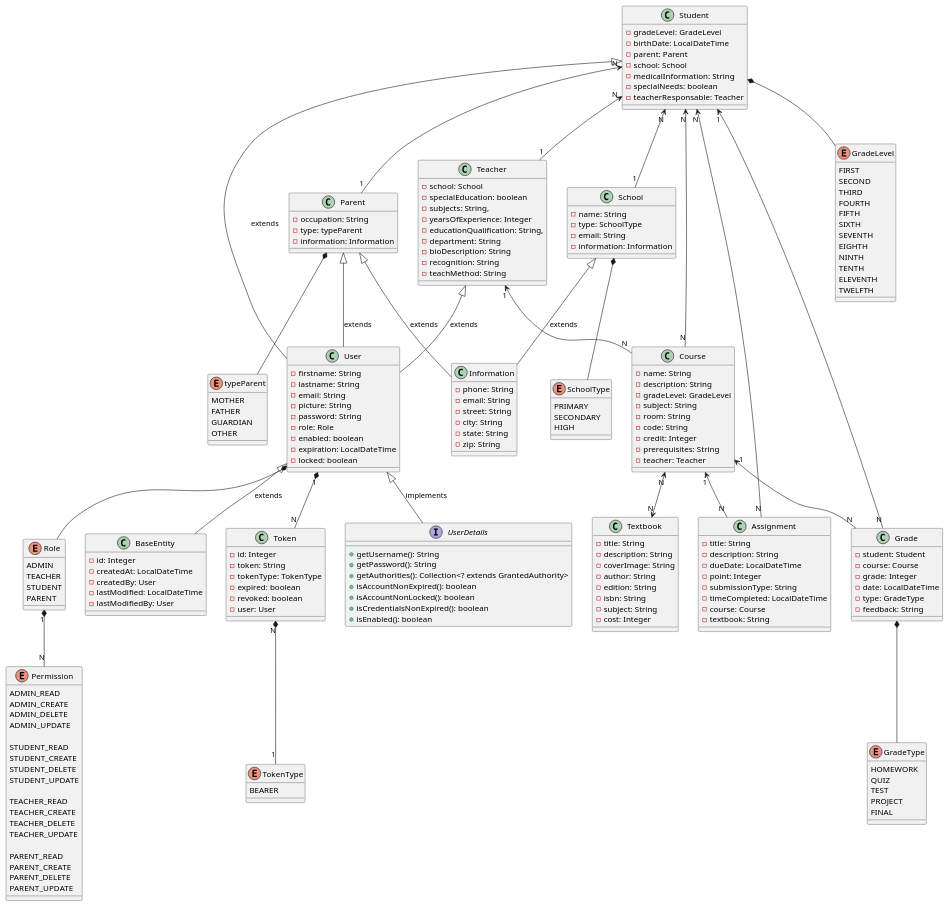
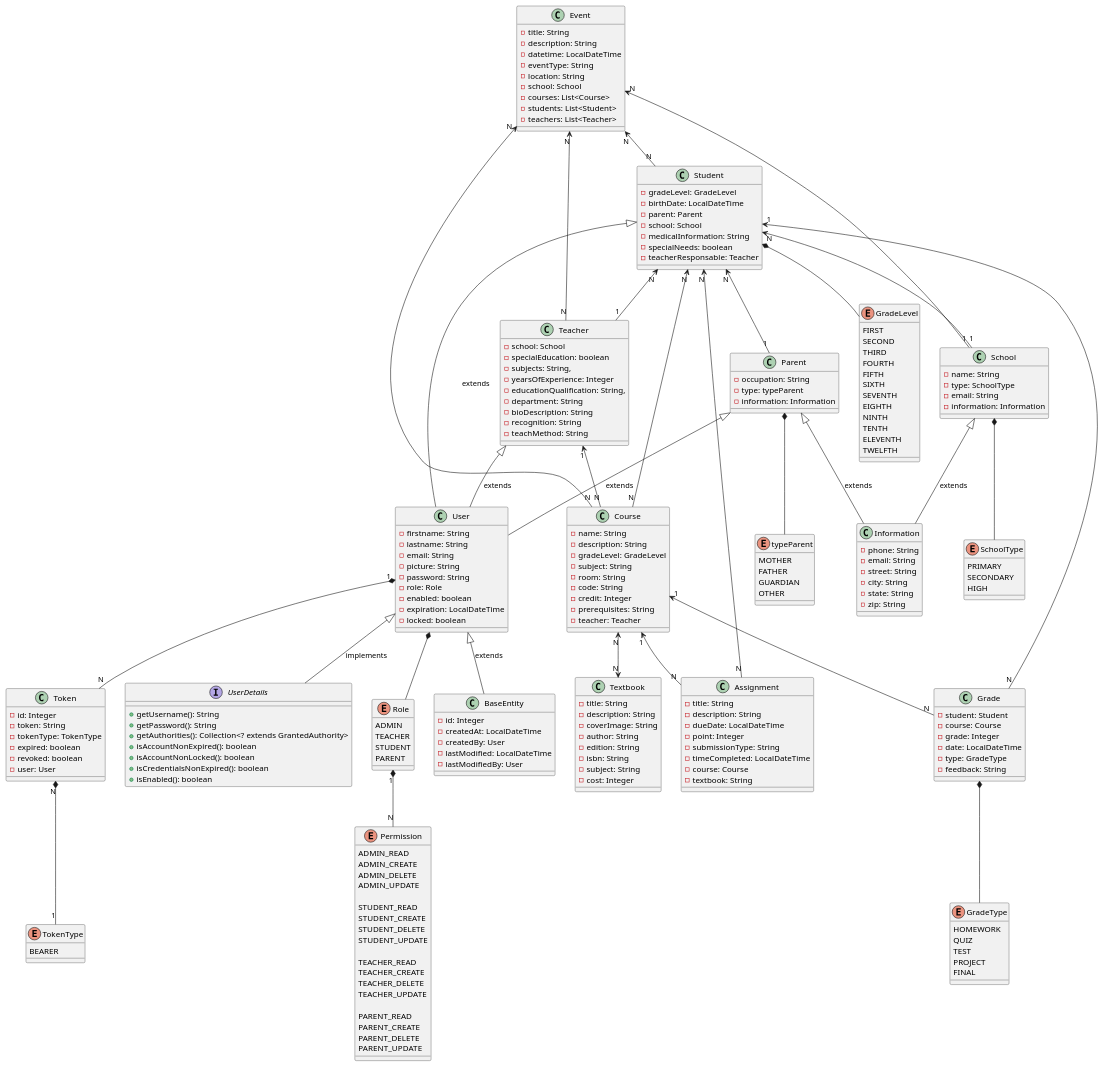
The diagram in src/main/resources/school-management.puml (FFreitas997/school-management-spring), drawn with PlantUML before and after one commit.

Commit message:
event entity added to the UML diagram

```diff
--- a/src/main/resources/school-management.puml
+++ b/src/main/resources/school-management.puml
@@ -110,6 +110,18 @@
     -information: Information
 }
 
+class Event{
+    -title: String
+    -description: String
+    -datetime: LocalDateTime
+    -eventType: String
+    -location: String
+    -school: School
+    -courses: List<Course>
+    -students: List<Student>
+    -teachers: List<Teacher>
+}
+
 class Information{
     -phone: String
     -email: String
@@ -196,6 +208,10 @@
     GUARDIAN
     OTHER
 }
+Event "N" <-- "1" School
+Event "N" <-- "N" Student
+Event "N" <-- "N" Course
+Event "N" <-- "N" Teacher
 Course "1" <-- "N" Grade
 Student "N" <-- "N" Assignment
 Student "N" <-- "N" Course
```
